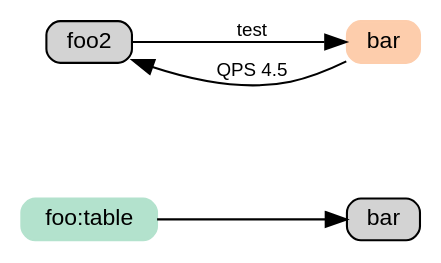
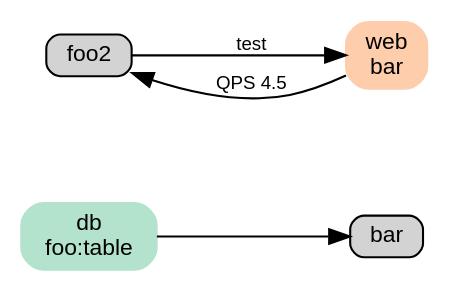
One commit to macbre/data-flow-graph changed the diagram in examples/graph.gv. Above: the diagram before and after it, drawn with Graphviz. The commit also changed 1 other file, not shown here.

Commit message:
format_graphviz_lines: add a group name to node label

```diff
--- a/examples/graph.gv
+++ b/examples/graph.gv
@@ -1,16 +1,16 @@
 digraph G {
 	graph [ center=true, margin=0.75, nodesep=0.5, ranksep=0.75, rankdir=LR ];
 	node [ shape=box, style="rounded,filled" width=0, height=0, fontname=Helvetica, fontsize=11 ];
 	edge [ fontname=Helvetica, fontsize=9 ];
 
 	// nodes
 	n1 [label="bar"];
-	n2 [label="foo:table" group="db" colorscheme=pastel28 color=1];
+	n2 [label="db\nfoo:table" group="db" colorscheme=pastel28 color=1];
 	n3 [label="foo2"];
-	n4 [label="bar" group="web" colorscheme=pastel28 color=2];
+	n4 [label="web\nbar" group="web" colorscheme=pastel28 color=2];
 
 	// edges
 	n2 -> n1 [];
 	n3 -> n4 [label="test"];
 	n4 -> n3 [label="QPS 4.5"];
 }
```
